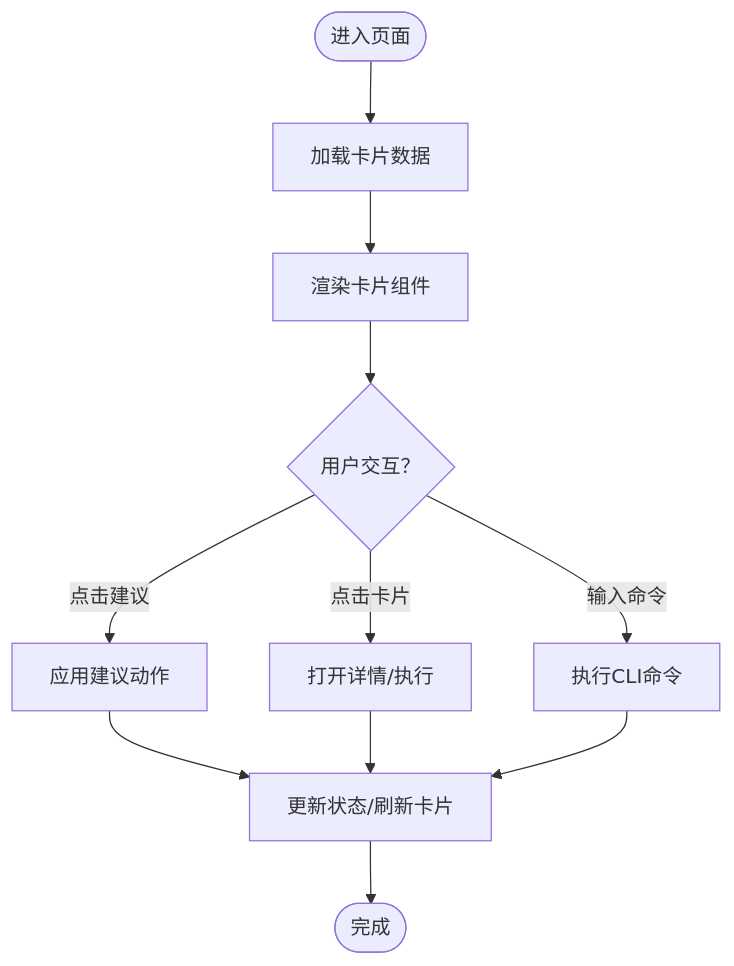
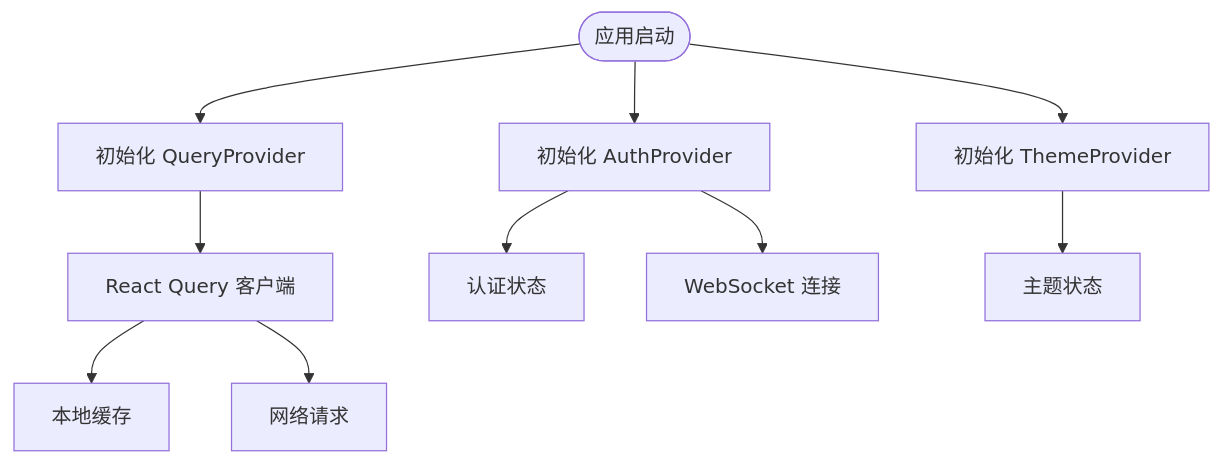
One commit to angledick/- changed the fourth of 9 diagrams in .qoder/repowiki/zh/content/前端应用架构/前端应用架构.md. Above: the diagram before and after it, drawn with Mermaid. The commit also changed other lines of this file and 770 other files, not shown here.

````diff
--- a/.qoder/repowiki/zh/content/前端应用架构/前端应用架构.md
+++ b/.qoder/repowiki/zh/content/前端应用架构/前端应用架构.md
@@ -414,13 +291,12 @@
 ```mermaid
 flowchart TD
-Start(["进入页面"]) --> LoadCards["加载卡片数据"]
-LoadCards --> RenderCards["渲染卡片组件"]
-RenderCards --> Interact{"用户交互？"}
-Interact --> |点击建议| ApplySuggestion["应用建议动作"]
-Interact --> |点击卡片| OpenDetail["打开详情/执行"]
-Interact --> |输入命令| ExecCLI["执行CLI命令"]
-ApplySuggestion --> UpdateState["更新状态/刷新卡片"]
-OpenDetail --> UpdateState
-ExecCLI --> UpdateState
-UpdateState --> End(["完成"])
+Start(["应用启动"]) --> QueryProvider["初始化 QueryProvider"]
+QueryProvider --> ReactQuery["React Query 客户端"]
+ReactQuery --> Cache["本地缓存"]
+ReactQuery --> Network["网络请求"]
+Start --> AuthProvider["初始化 AuthProvider"]
+AuthProvider --> AuthContext["认证状态"]
+AuthProvider --> WebSocket["WebSocket 连接"]
+Start --> ThemeProvider["初始化 ThemeProvider"]
+ThemeProvider --> ThemeContext["主题状态"]
 ```
````
